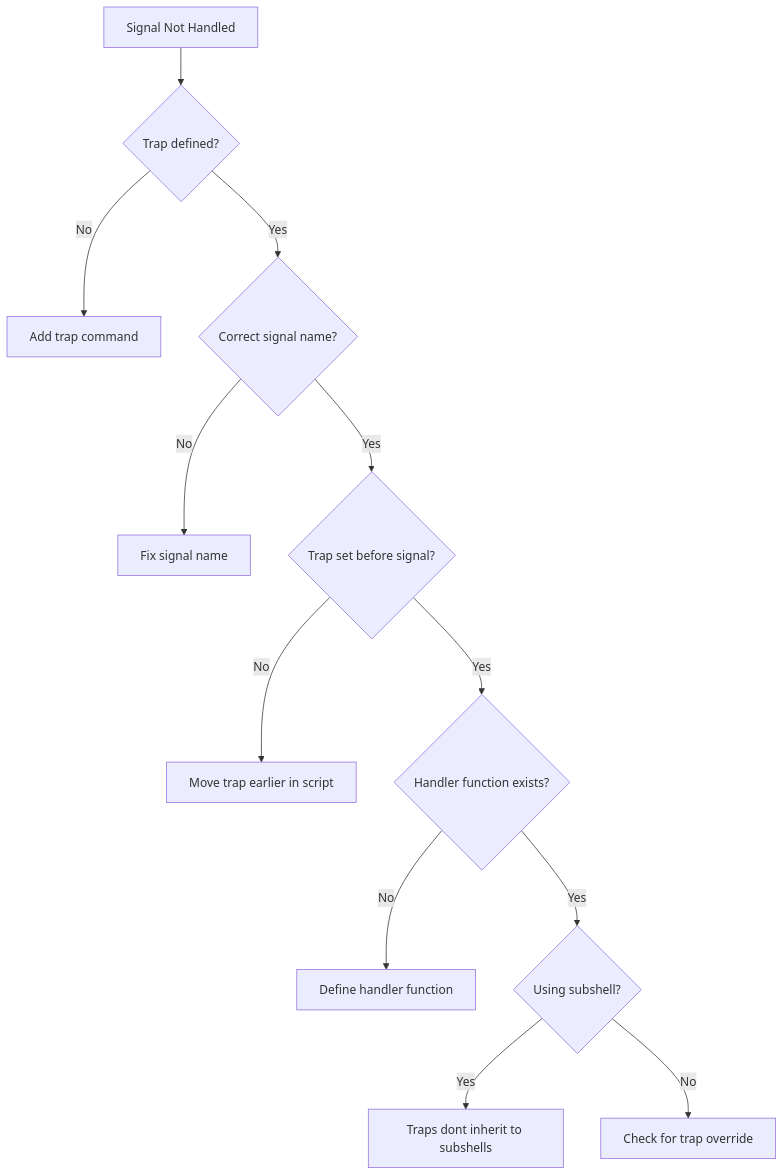
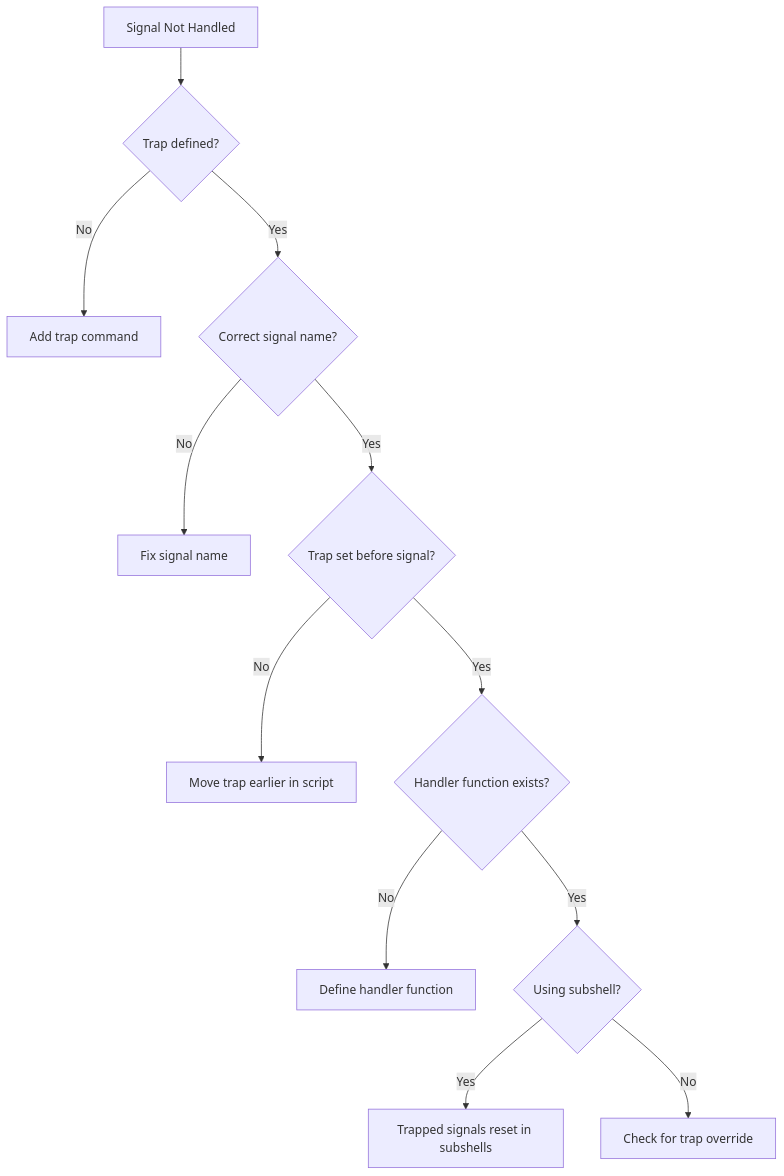
The fourth of 4 diagrams in posts/2026-01-24-bash-signal-trapping/README.md (OneUptime/blog), drawn with Mermaid before and after one commit. The commit also changed other lines of this file and 4262 other files, not shown here.

````diff
--- a/posts/2026-01-24-bash-signal-trapping/README.md
+++ b/posts/2026-01-24-bash-signal-trapping/README.md
@@ -748,18 +766,18 @@
 ```mermaid
 flowchart TD
     A[Signal Not Handled] --> B{Trap defined?}
     B -->|No| C[Add trap command]
     B -->|Yes| D{Correct signal name?}
 
     D -->|No| E[Fix signal name]
     D -->|Yes| F{Trap set before signal?}
 
     F -->|No| G[Move trap earlier in script]
     F -->|Yes| H{Handler function exists?}
 
     H -->|No| I[Define handler function]
     H -->|Yes| J{Using subshell?}
 
-    J -->|Yes| K[Traps dont inherit to subshells]
+    J -->|Yes| K[Trapped signals reset in subshells]
     J -->|No| L[Check for trap override]
 ```
````
